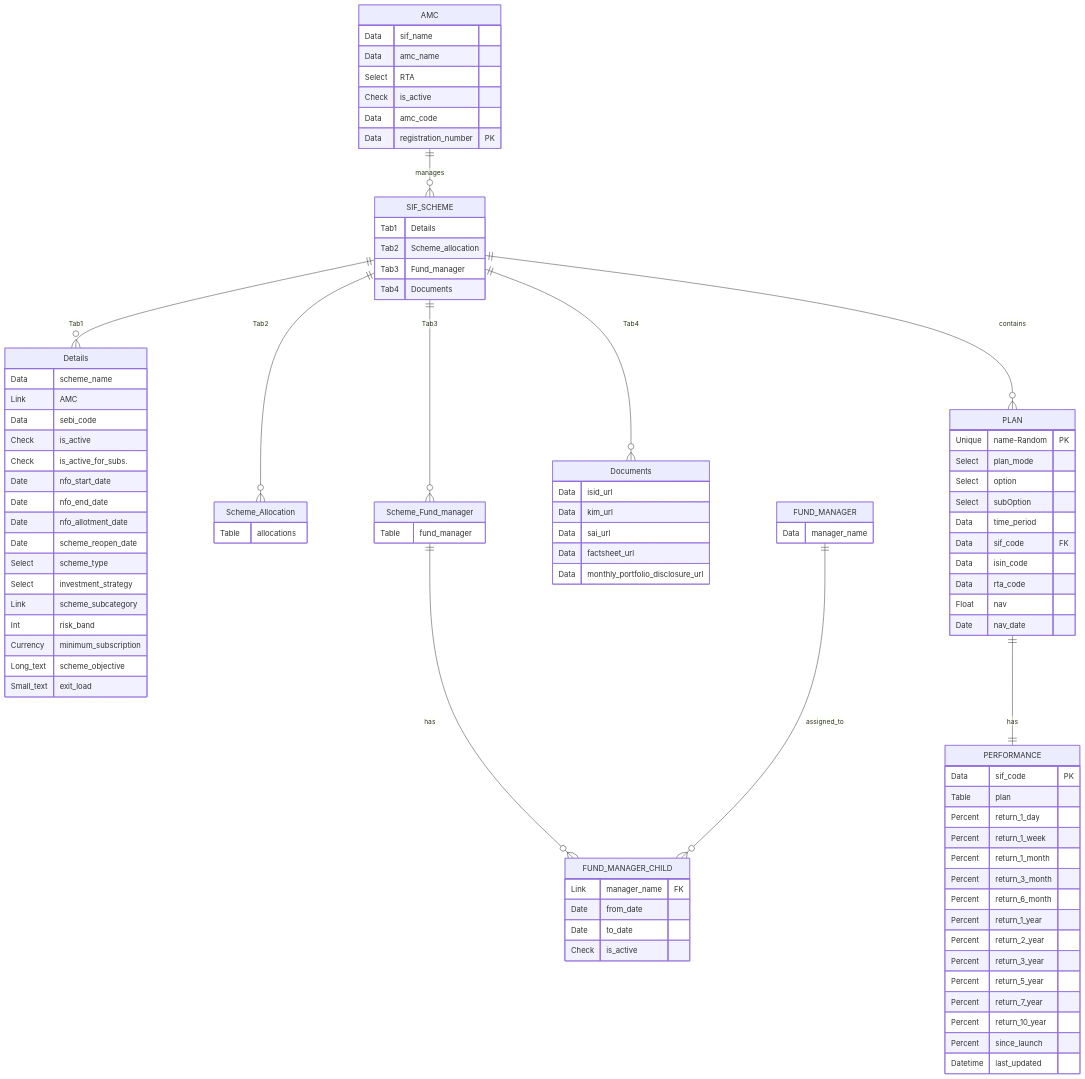
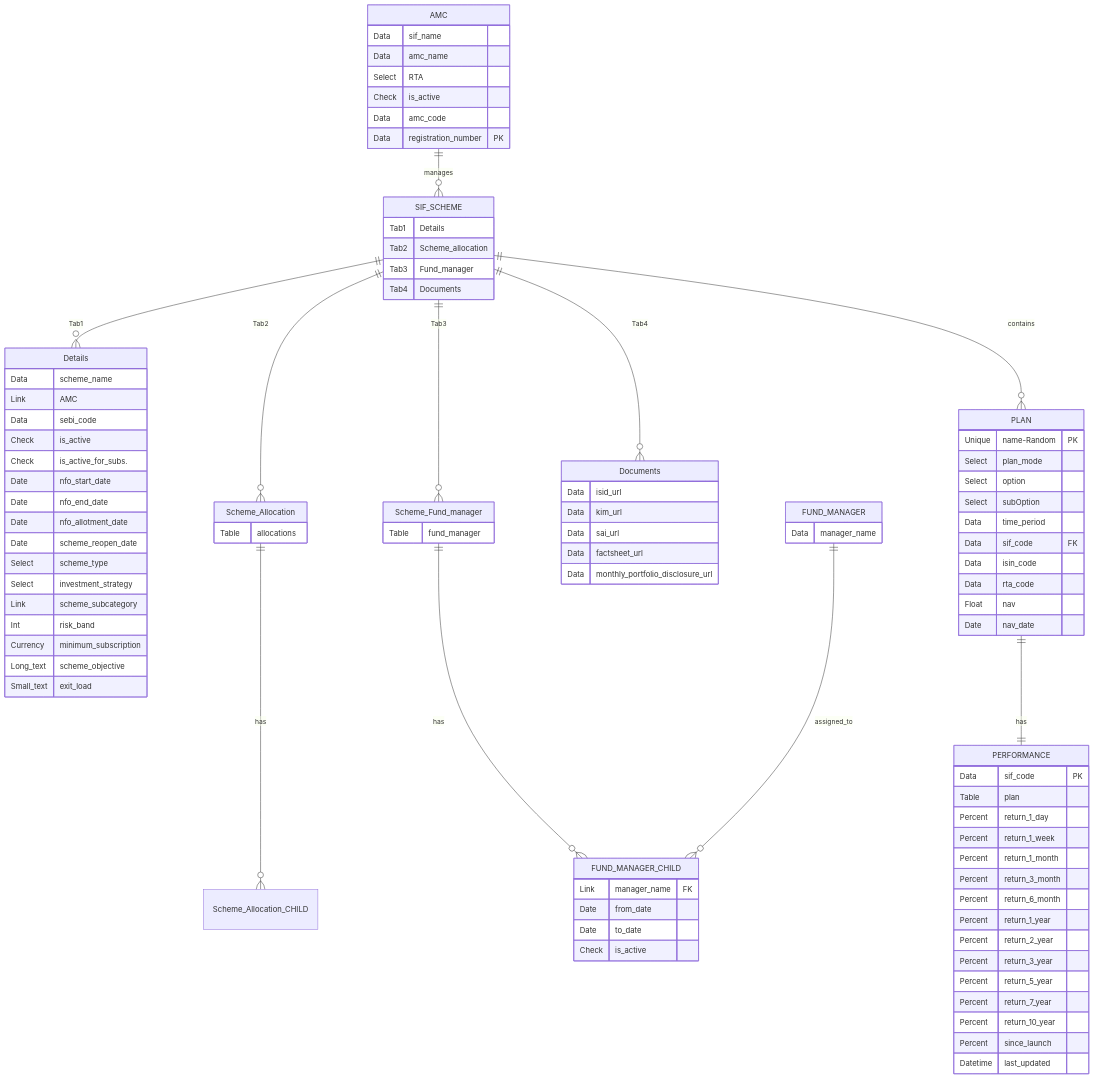
The diagram in sif_app/DOCTYPE architecture ER diagram.md (Satyam4755/My_SIF), drawn with Mermaid before and after one commit.

Commit message:
Update DOCTYPE architecture ER diagram.md

```diff
--- a/sif_app/DOCTYPE architecture ER diagram.md
+++ b/sif_app/DOCTYPE architecture ER diagram.md
@@ -12,6 +12,7 @@
     Scheme_Fund_manager ||--o{ FUND_MANAGER_CHILD : has
     FUND_MANAGER ||--o{ FUND_MANAGER_CHILD : assigned_to
 
+    Scheme_Allocation ||--o{ Scheme_Allocation_CHILD : has
     SIF_SCHEME ||--o{ PLAN : contains
     PLAN ||--|| PERFORMANCE : has
 
```
